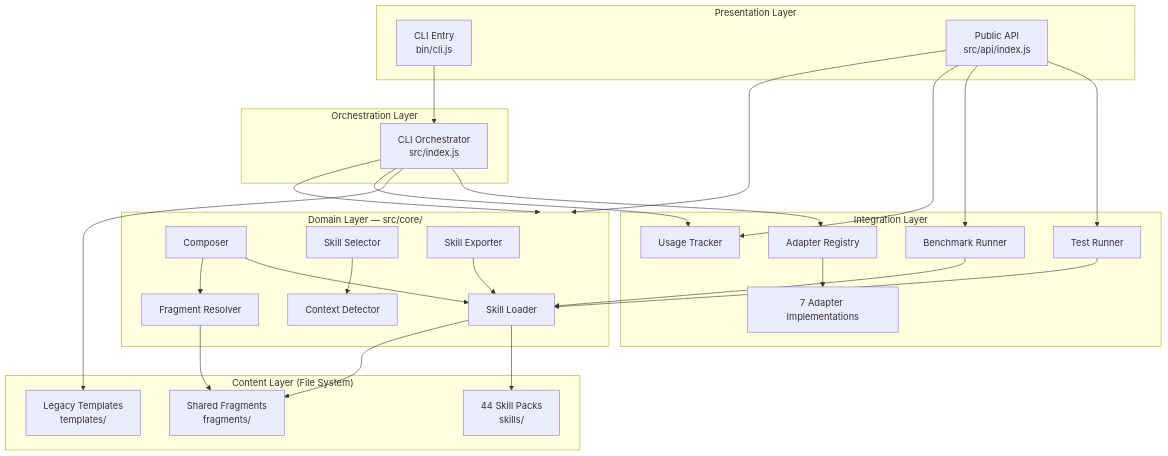
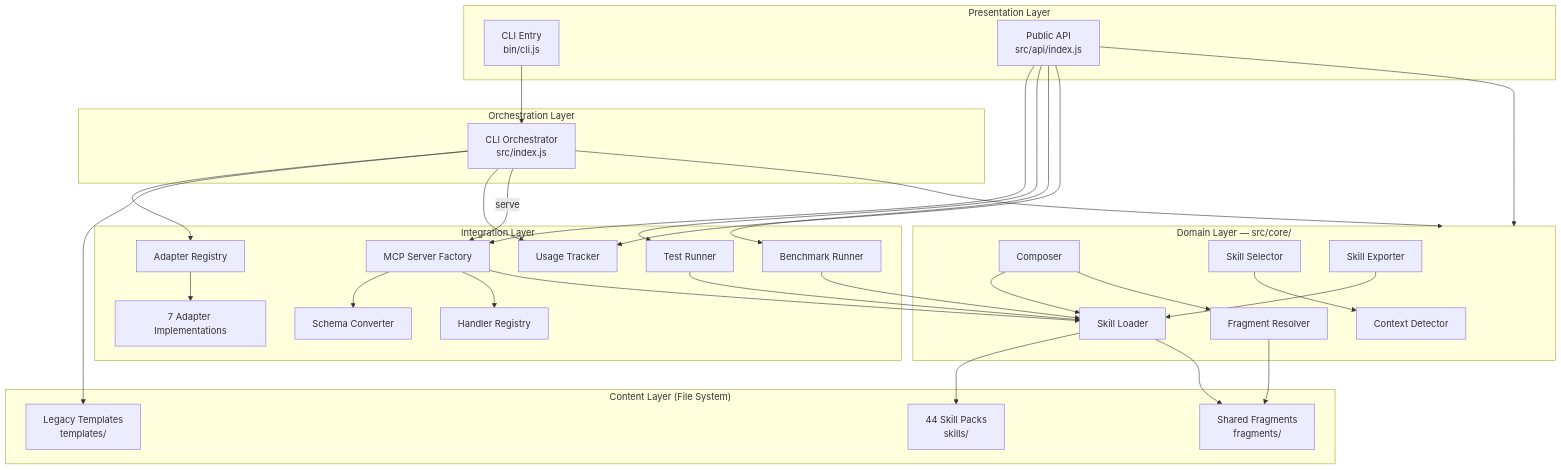
One commit to djm204/agent-skills changed the eighth of 11 diagrams in docs/ARCHITECTURE.md. Above: the diagram before and after it, drawn with Mermaid. The commit also changed other lines of this file and 53 other files, not shown here.

First line of the commit message:
feat: generic MCP server — serve any skill's tools via Model Context Protocol (#131)

````diff
--- a/docs/ARCHITECTURE.md
+++ b/docs/ARCHITECTURE.md
@@ -377,57 +399,65 @@
 ```mermaid
 graph TB
     subgraph Presentation["Presentation Layer"]
         CLI_Entry["CLI Entry<br/>bin/cli.js"]
         API_Surface["Public API<br/>src/api/index.js"]
     end
 
     subgraph Orchestration["Orchestration Layer"]
         CLI_Main["CLI Orchestrator<br/>src/index.js"]
     end
 
     subgraph Domain["Domain Layer — src/core/"]
         Loader["Skill Loader"]
         Composer["Composer"]
         Selector["Skill Selector"]
         Detector["Context Detector"]
         FragResolver["Fragment Resolver"]
         SkillExporter["Skill Exporter"]
     end
 
     subgraph Integration["Integration Layer"]
         AdapterReg["Adapter Registry"]
         AdapterImpl["7 Adapter Implementations"]
+        McpSrv["MCP Server Factory"]
+        McpSchema["Schema Converter"]
+        McpHandlers["Handler Registry"]
         Tracker["Usage Tracker"]
         TestRunner["Test Runner"]
         BenchRunner["Benchmark Runner"]
     end
 
     subgraph Content["Content Layer (File System)"]
         SkillPacks["44 Skill Packs<br/>skills/"]
         LegacyTemplates["Legacy Templates<br/>templates/"]
         SharedFrags["Shared Fragments<br/>fragments/"]
     end
 
     CLI_Entry --> CLI_Main
     API_Surface --> Domain
     CLI_Main --> Domain
     CLI_Main --> AdapterReg
     CLI_Main --> LegacyTemplates
     CLI_Main --> Tracker
 
     Loader --> SkillPacks
     Loader --> SharedFrags
     FragResolver --> SharedFrags
     Composer --> Loader
     Composer --> FragResolver
     Selector --> Detector
     SkillExporter --> Loader
 
     AdapterReg --> AdapterImpl
+    McpSrv --> McpSchema
+    McpSrv --> McpHandlers
+    McpSrv --> Loader
     TestRunner --> Loader
     BenchRunner --> Loader
 
+    CLI_Main -->|serve| McpSrv
+    API_Surface --> McpSrv
     API_Surface --> TestRunner
     API_Surface --> BenchRunner
     API_Surface --> Tracker
 ```
````
